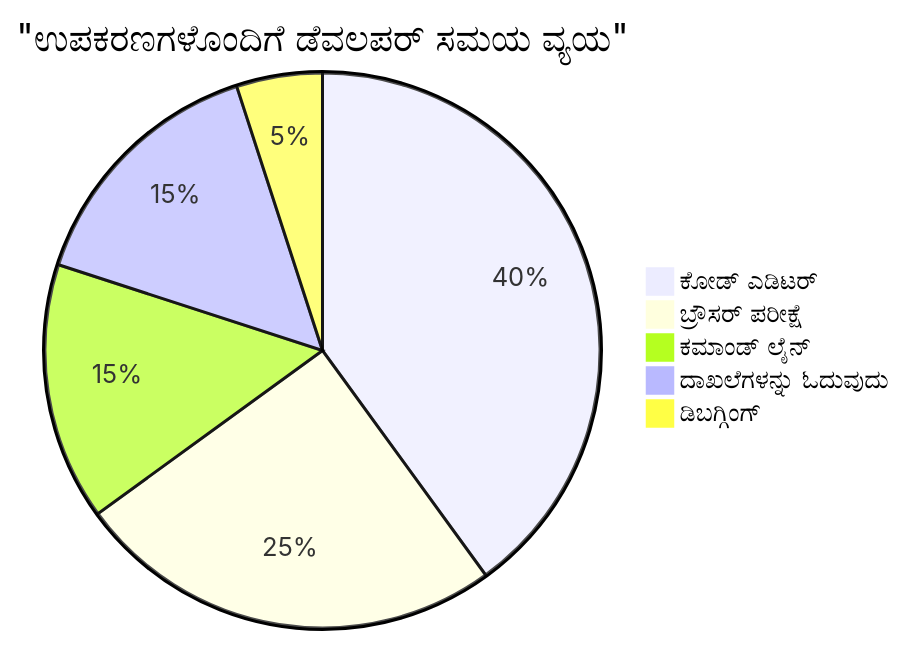
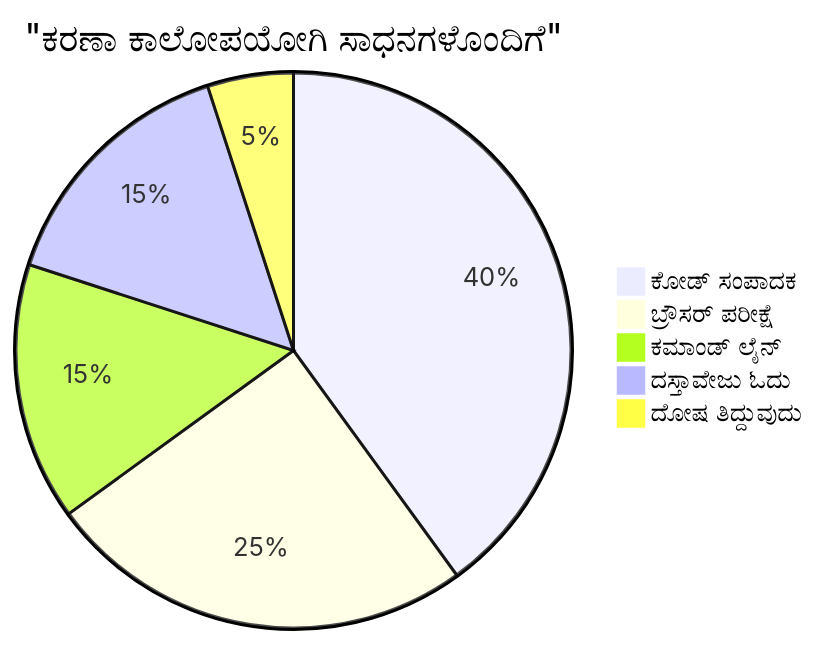
One commit to microsoft/Web-Dev-For-Beginners changed the sixth of 7 diagrams in translations/kn/1-getting-started-lessons/1-intro-to-programming-languages/README.md. Above: the diagram before and after it, drawn with Mermaid. The commit also changed other lines of this file and 13 other files, not shown here.

````diff
--- a/translations/kn/1-getting-started-lessons/1-intro-to-programming-languages/README.md
+++ b/translations/kn/1-getting-started-lessons/1-intro-to-programming-languages/README.md
@@ -711,8 +711,8 @@
 ```mermaid
-pie title "ಉಪಕರಣಗಳೊಂದಿಗೆ ಡೆವಲಪರ್ ಸಮಯ ವ್ಯಯ"
-    "ಕೋಡ್ ಎಡಿಟರ್" : 40
+pie title "ಕರಣಾ ಕಾಲೋಪಯೋಗಿ ಸಾಧನಗಳೊಂದಿಗೆ"
+    "ಕೋಡ್ ಸಂಪಾದಕ" : 40
     "ಬ್ರೌಸರ್ ಪರೀಕ್ಷೆ" : 25
     "ಕಮಾಂಡ್ ಲೈನ್" : 15
-    "ದಾಖಲೆಗಳನ್ನು ಓದುವುದು" : 15
-    "ಡಿಬಗ್ಗಿಂಗ್" : 5
+    "ದಸ್ತಾವೇಜು ಓದು" : 15
+    "ದೋಷ ತಿದ್ದುವುದು" : 5
 ```
````
